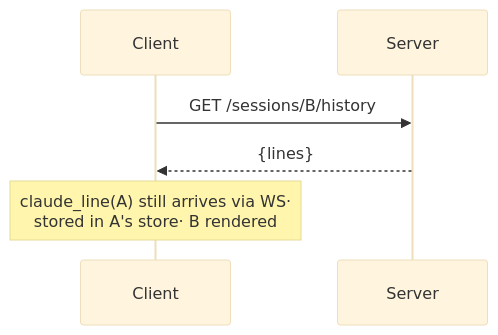
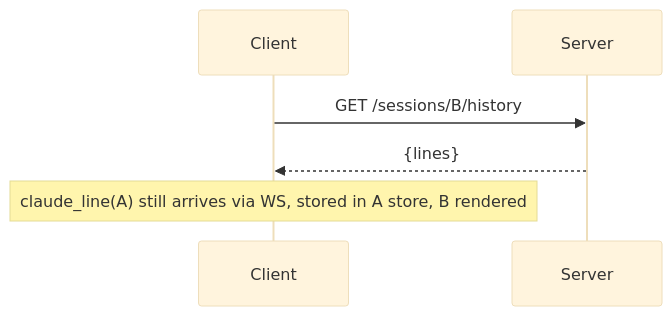
The third of 5 diagrams in protocol.spec.md (danlkv/codette), drawn with Mermaid (base theme) before and after one commit. The commit also changed other lines of this file and 8 other files, not shown here.

First line of the commit message:
host echo, send pending state, mermaid fullscreen, tool open-file btn

````diff
--- a/protocol.spec.md
+++ b/protocol.spec.md
@@ -206,8 +217,8 @@
 ```mermaid
 sequenceDiagram
     participant C as Client
     participant S as Server
     C->>S: GET /sessions/B/history
     S-->>C: {lines}
-    Note over C: claude_line(A) still arrives via WS·<br/>stored in A's store· B rendered
+    Note over C: claude_line(A) still arrives via WS, stored in A store, B rendered
 ```
````
